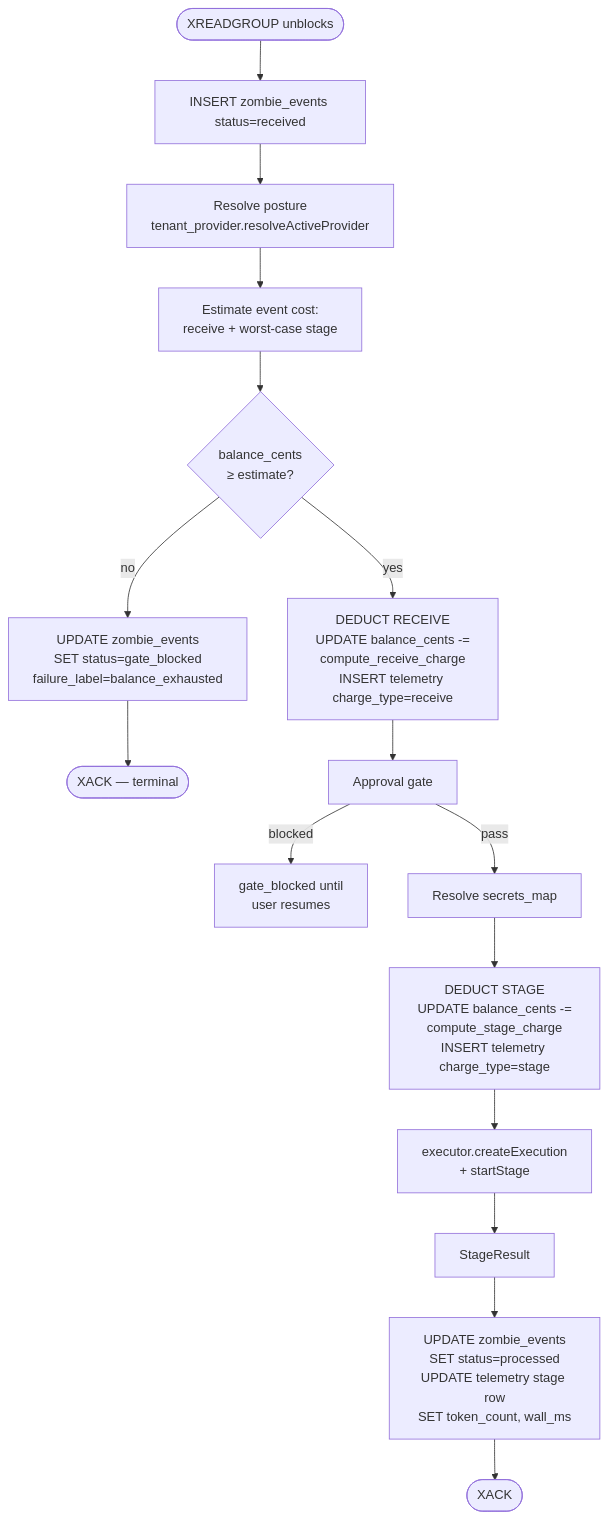
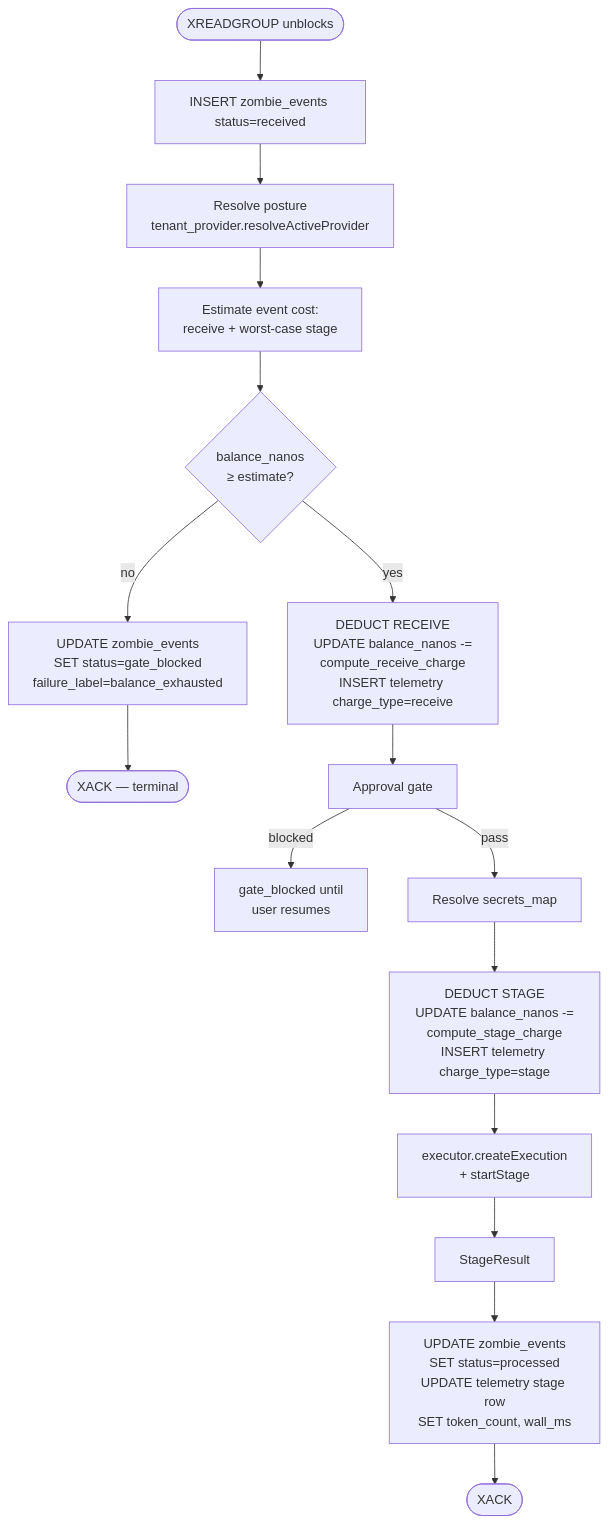
One commit to agentsfleet/agentsfleet changed the diagram in docs/architecture/billing_and_provider_keys.md. Above: the diagram before and after it, drawn with Mermaid. The commit also changed other lines of this file and 4 other files, not shown here.

````diff
--- a/docs/architecture/billing_and_provider_keys.md
+++ b/docs/architecture/billing_and_provider_keys.md
@@ -168,18 +168,18 @@
 ```mermaid
 flowchart TD
     A([XREADGROUP unblocks]) --> B[INSERT zombie_events status=received]
     B --> C[Resolve posture<br/>tenant_provider.resolveActiveProvider]
     C --> D[Estimate event cost:<br/>receive + worst-case stage]
-    D --> E{balance_cents<br/>≥ estimate?}
+    D --> E{balance_nanos<br/>≥ estimate?}
     E -->|no| Block[UPDATE zombie_events<br/>SET status=gate_blocked<br/>failure_label=balance_exhausted]
     Block --> X1([XACK — terminal])
-    E -->|yes| F[DEDUCT RECEIVE<br/>UPDATE balance_cents -=<br/>compute_receive_charge<br/>INSERT telemetry charge_type=receive]
+    E -->|yes| F[DEDUCT RECEIVE<br/>UPDATE balance_nanos -=<br/>compute_receive_charge<br/>INSERT telemetry charge_type=receive]
     F --> G[Approval gate]
     G -->|blocked| Wait[gate_blocked until<br/>user resumes]
     G -->|pass| H[Resolve secrets_map]
-    H --> I[DEDUCT STAGE<br/>UPDATE balance_cents -=<br/>compute_stage_charge<br/>INSERT telemetry charge_type=stage]
+    H --> I[DEDUCT STAGE<br/>UPDATE balance_nanos -=<br/>compute_stage_charge<br/>INSERT telemetry charge_type=stage]
     I --> J[executor.createExecution<br/>+ startStage]
     J --> K[StageResult]
     K --> L[UPDATE zombie_events<br/>SET status=processed<br/>UPDATE telemetry stage row<br/>SET token_count, wall_ms]
     L --> X2([XACK])
 ```
````
